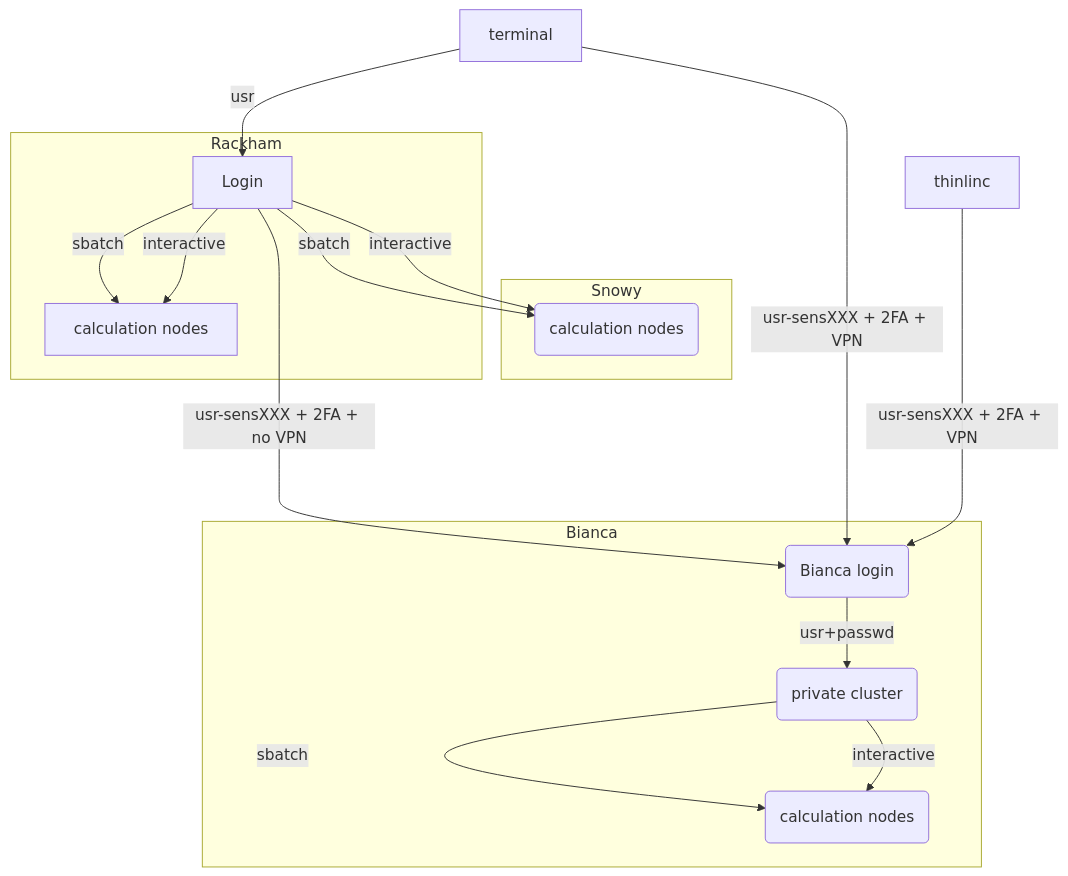
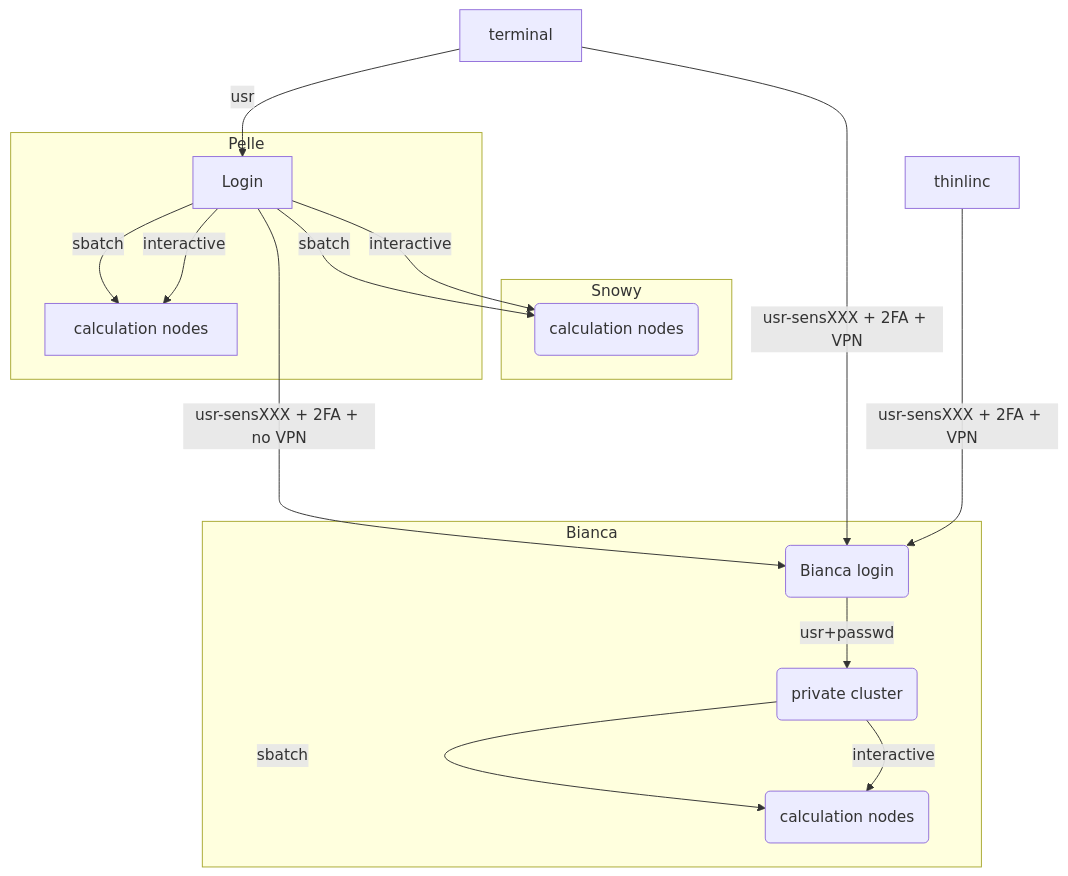
The diagram in docs/mermaid/uppmax2.mmd (UPPMAX/HPC-python), drawn with Mermaid before and after one commit. The commit also changed 8 other files, not shown here.

```diff
--- a/docs/mermaid/uppmax2.mmd
+++ b/docs/mermaid/uppmax2.mmd
@@ -1,23 +1,23 @@
   graph TB
 
   Node1 -- interactive --> SubGraph2Flow
   Node1 -- sbatch --> SubGraph2Flow
   subgraph "Snowy"
   SubGraph2Flow(calculation nodes) 
         end
 
         thinlinc -- usr-sensXXX + 2FA + VPN ----> SubGraph1Flow
         terminal -- usr --> Node1
         terminal -- usr-sensXXX + 2FA + VPN ----> SubGraph1Flow
         Node1 -- usr-sensXXX + 2FA + no VPN ----> SubGraph1Flow
         
         subgraph "Bianca"
         SubGraph1Flow(Bianca login) -- usr+passwd --> private(private cluster)
         private -- interactive --> calcB(calculation nodes)
         private -- sbatch --> calcB
         end
 
-        subgraph "Rackham"
+        subgraph "Pelle"
         Node1[Login] -- interactive --> Node2[calculation nodes]
         Node1 -- sbatch --> Node2
         end
```
